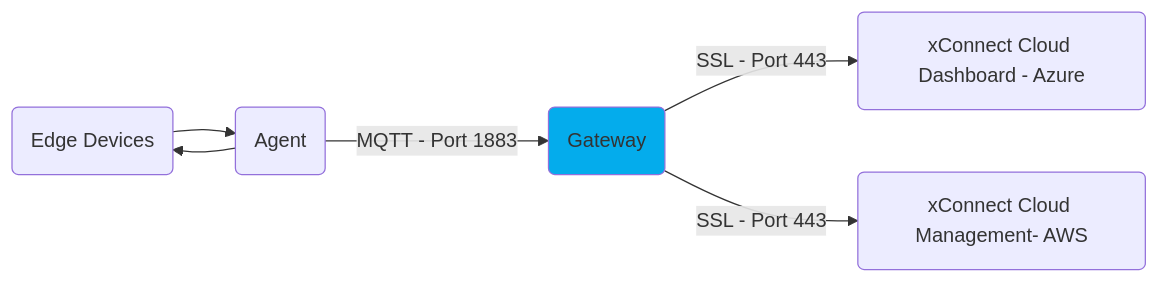
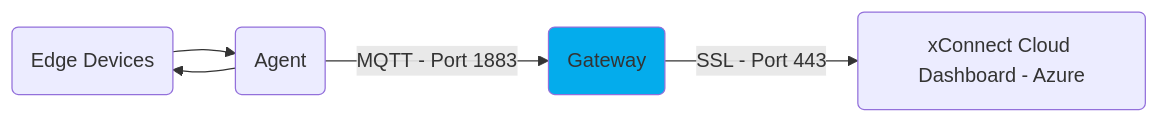
One commit to senecaxconnect/xconnect_docs changed the diagram in docs/Gateway_Overview.md. Above: the diagram before and after it, drawn with Mermaid. The commit also changed 3 other files, not shown here.

````diff
--- a/docs/Gateway_Overview.md
+++ b/docs/Gateway_Overview.md
@@ -7,9 +7,8 @@
 ```mermaid
       graph LR
           A(Edge Devices) --> B(Agent)
           B --> A
           B -->|MQTT - Port 1883|C(Gateway)
-          C -->|SSL - Port 443|D(xConnect Cloud Dashboard - Azure)
-          C -->|SSL - Port 443|E(xConnect Cloud Management- AWS);
+          C -->|SSL - Port 443|D(xConnect Cloud Dashboard - Azure);
           style C fill:#04acec
 ```
````
